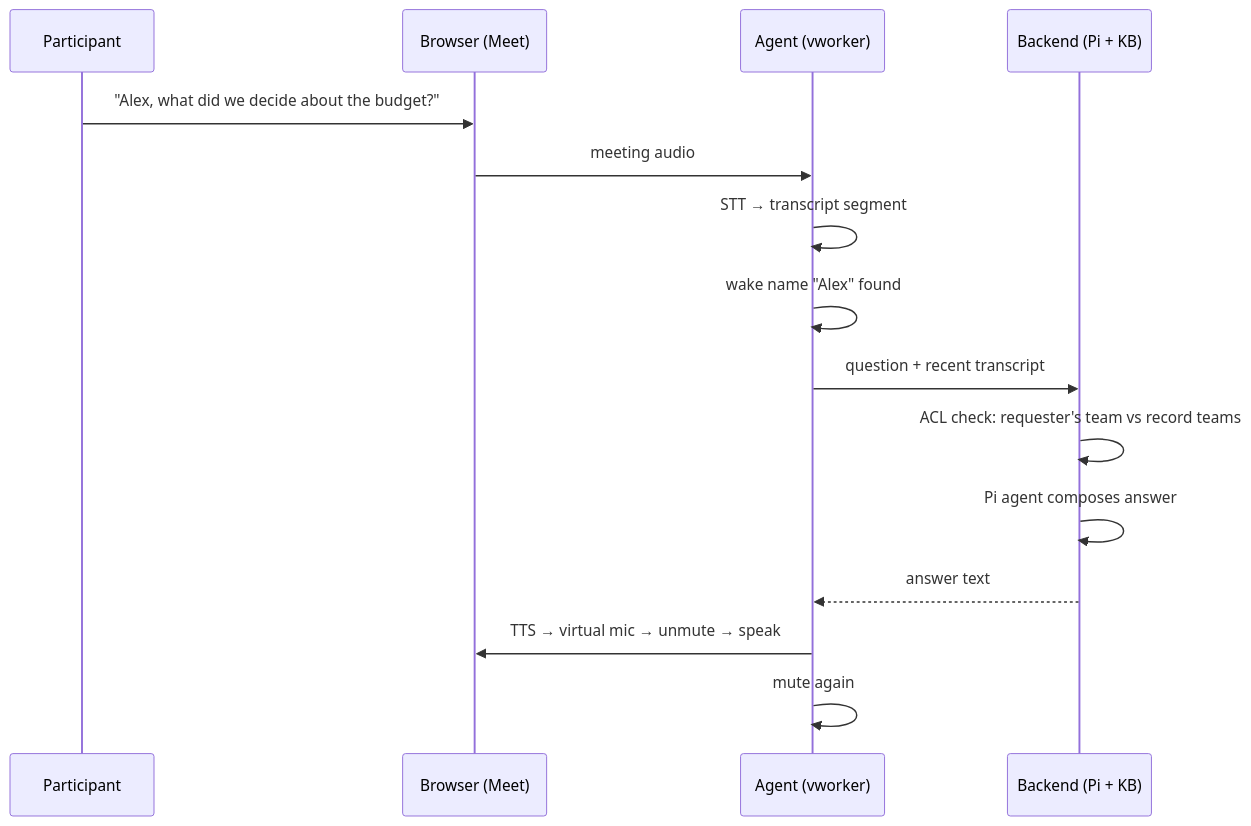
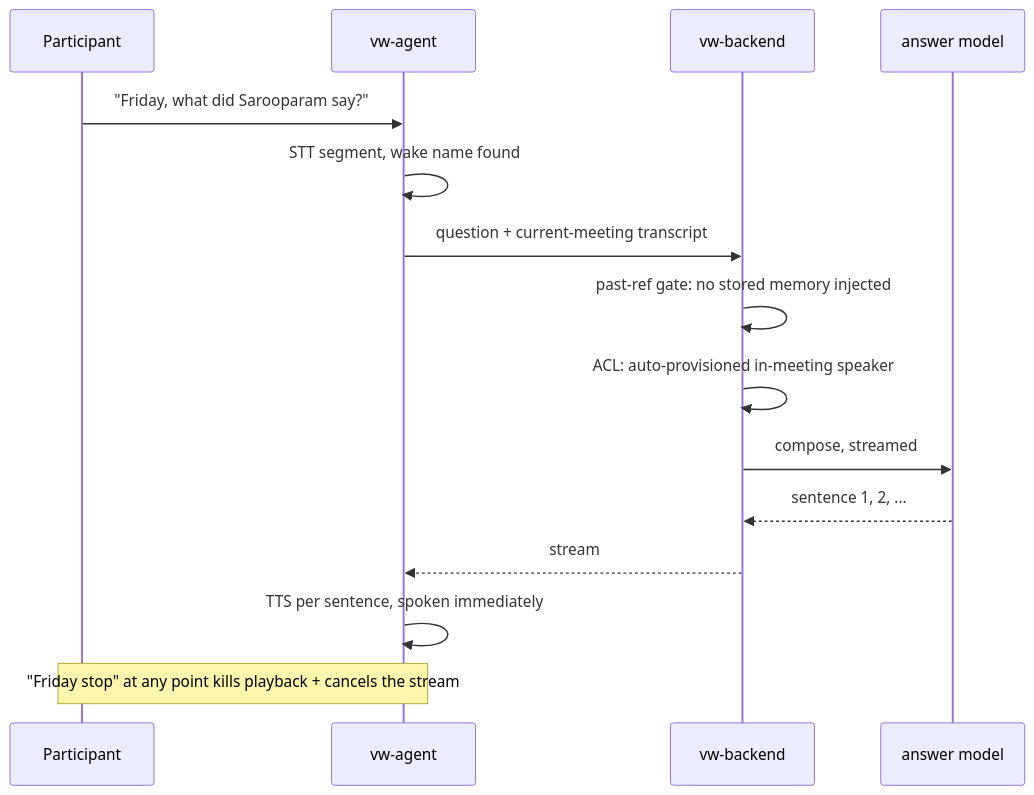
Before and after one commit to abstract-business-systems/virtual-worker: the second of 5 diagrams in docs/design.md, drawn with Mermaid. The commit also changed other lines of this file and 1 other file, not shown here.

Commit message:
Docs: rewrite design.md to as-deployed state; add architecture.md with system, audio, gating, brain-loop, stop, and ACL diagrams

````diff
--- a/docs/design.md
+++ b/docs/design.md
@@ -256,18 +278,18 @@
 ```mermaid
 sequenceDiagram
     participant P as Participant
-    participant Br as Browser (Meet)
-    participant Ag as Agent (vworker)
-    participant Be as Backend (Pi + KB)
+    participant Ag as vw-agent
+    participant Be as vw-backend
+    participant M as answer model
 
-    P->>Br: "Alex, what did we decide about the budget?"
-    Br->>Ag: meeting audio
-    Ag->>Ag: STT → transcript segment
-    Ag->>Ag: wake name "Alex" found
-    Ag->>Be: question + recent transcript
-    Be->>Be: ACL check: requester's team vs record teams
-    Be->>Be: Pi agent composes answer
-    Be-->>Ag: answer text
-    Ag->>Br: TTS → virtual mic → unmute → speak
-    Ag->>Ag: mute again
+    P->>Ag: "Friday, what did Sarooparam say?"
+    Ag->>Ag: STT segment, wake name found
+    Ag->>Be: question + current-meeting transcript
+    Be->>Be: past-ref gate: no stored memory injected
+    Be->>Be: ACL: auto-provisioned in-meeting speaker
+    Be->>M: compose, streamed
+    M-->>Be: sentence 1, 2, ...
+    Be-->>Ag: stream
+    Ag->>Ag: TTS per sentence, spoken immediately
+    Note over P,Ag: "Friday stop" at any point kills playback + cancels the stream
 ```
````
